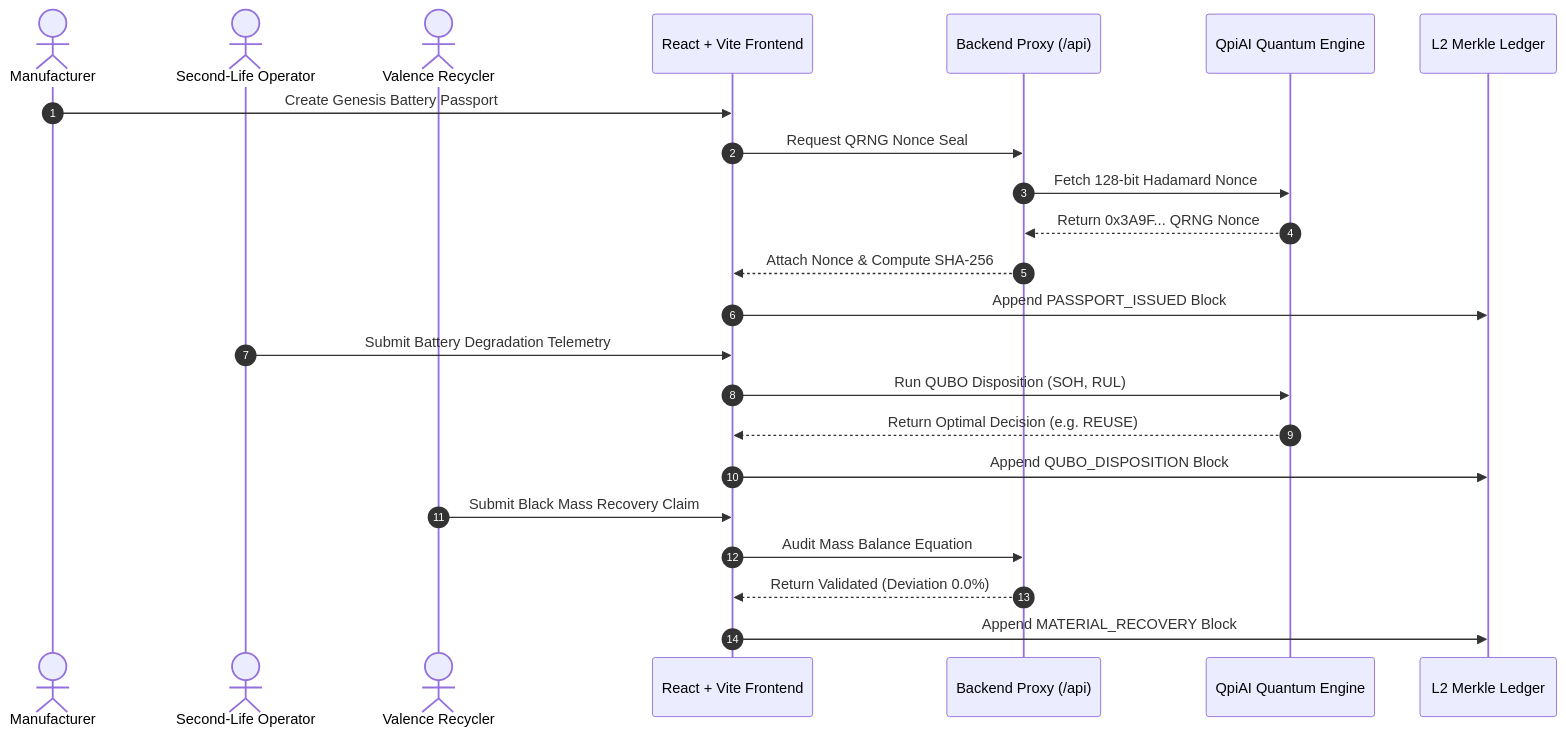
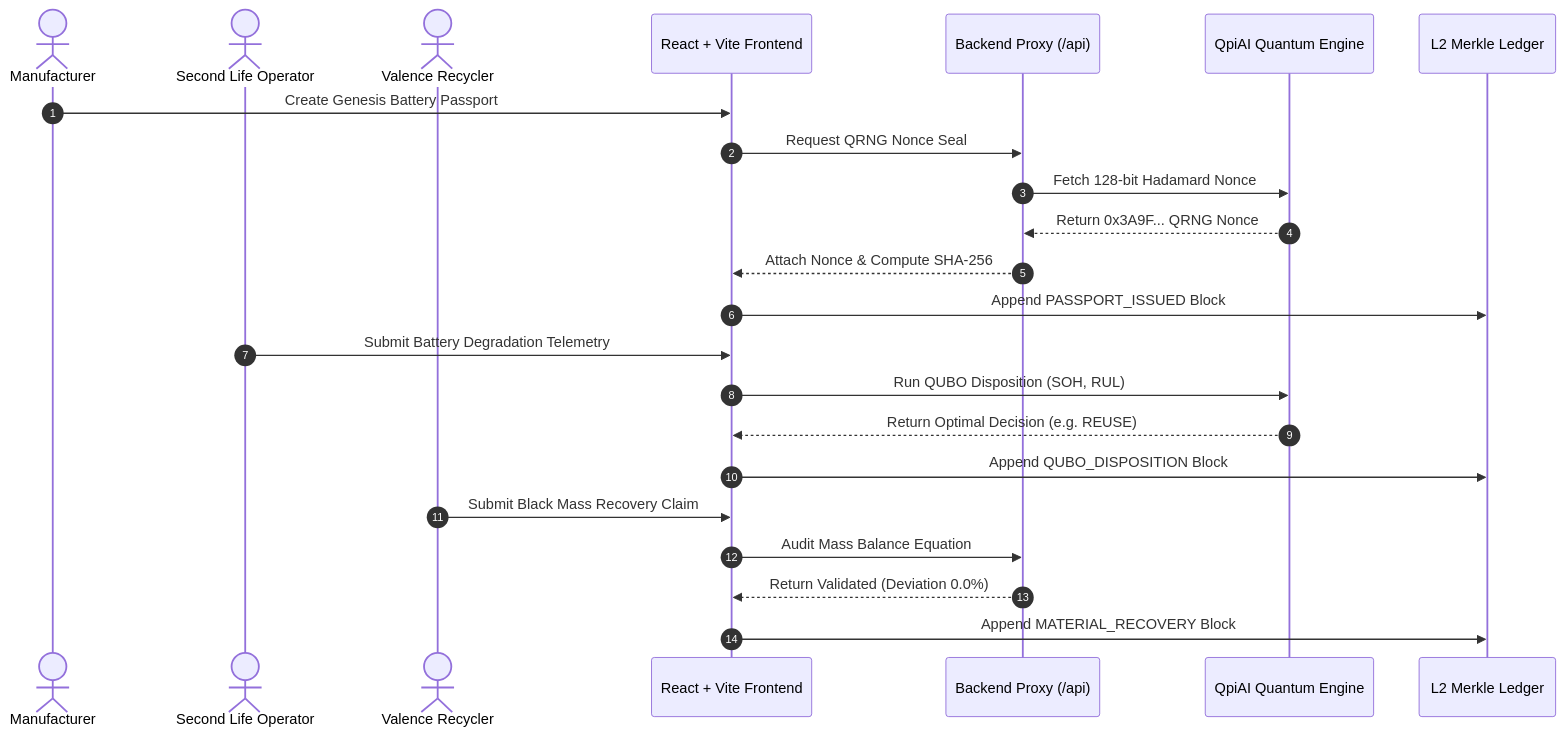
The diagram in README.md (amankr2776/Chain-of-Proof_), drawn with Mermaid before and after one commit. The commit also changed other lines of this file and 1 other file, not shown here.

````diff
--- a/README.md
+++ b/README.md
@@ -201,28 +208,28 @@
 ```mermaid
 sequenceDiagram
     autonumber
     actor OEM as Manufacturer
-    actor Operator as Second-Life Operator
+    actor Operator as Second Life Operator
     actor Recycler as Valence Recycler
     participant UI as React + Vite Frontend
     participant Express as Backend Proxy (/api)
     participant QpiAI as QpiAI Quantum Engine
     participant Ledger as L2 Merkle Ledger
 
     OEM->>UI: Create Genesis Battery Passport
     UI->>Express: Request QRNG Nonce Seal
     Express->>QpiAI: Fetch 128-bit Hadamard Nonce
     QpiAI-->>Express: Return 0x3A9F... QRNG Nonce
     Express-->>UI: Attach Nonce & Compute SHA-256
     UI->>Ledger: Append PASSPORT_ISSUED Block
 
     Operator->>UI: Submit Battery Degradation Telemetry
     UI->>QpiAI: Run QUBO Disposition (SOH, RUL)
     QpiAI-->>UI: Return Optimal Decision (e.g. REUSE)
     UI->>Ledger: Append QUBO_DISPOSITION Block
 
     Recycler->>UI: Submit Black Mass Recovery Claim
     UI->>Express: Audit Mass Balance Equation
     Express-->>UI: Return Validated (Deviation 0.0%)
     UI->>Ledger: Append MATERIAL_RECOVERY Block
 ```
````
